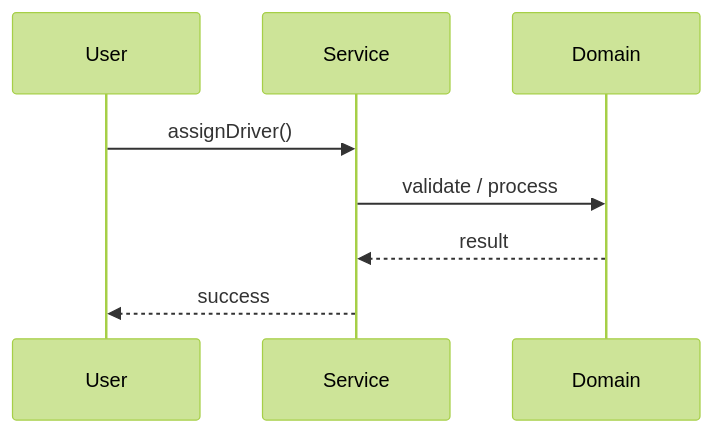
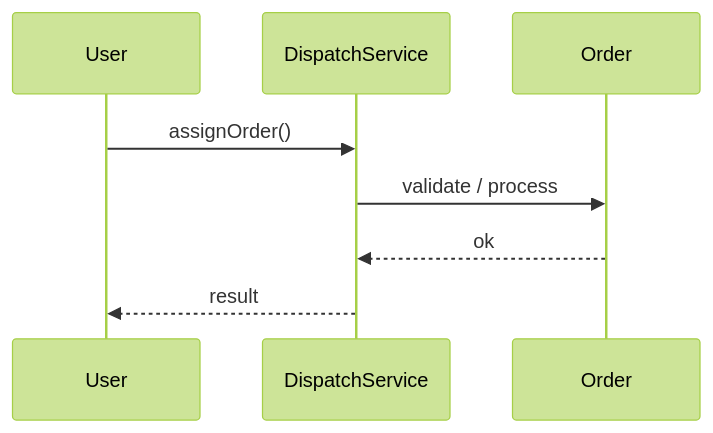
Before and after one commit to madhupaila/Interview-Prep-SSE: the second of 3 diagrams in Learn/System Design - Low Level Design/02-classic-ood/questions/Q33-delivery-dispatch.md, drawn with Mermaid (forest theme). The commit also changed other lines of this file and 491 other files, not shown here.

````diff
--- a/Learn/System Design - Low Level Design/02-classic-ood/questions/Q33-delivery-dispatch.md
+++ b/Learn/System Design - Low Level Design/02-classic-ood/questions/Q33-delivery-dispatch.md
@@ -121,10 +153,10 @@
 ```mermaid
 sequenceDiagram
-    participant U as User
-    participant S as Service
-    participant D as Domain
-    U->>S: assignDriver()
-    S->>D: validate / process
-    D-->>S: result
-    S-->>U: success
+participant U as User
+participant S as DispatchService
+participant D as Order
+U->>S: assignOrder()
+S->>D: validate / process
+D-->>S: ok
+S-->>U: result
 ```
````
